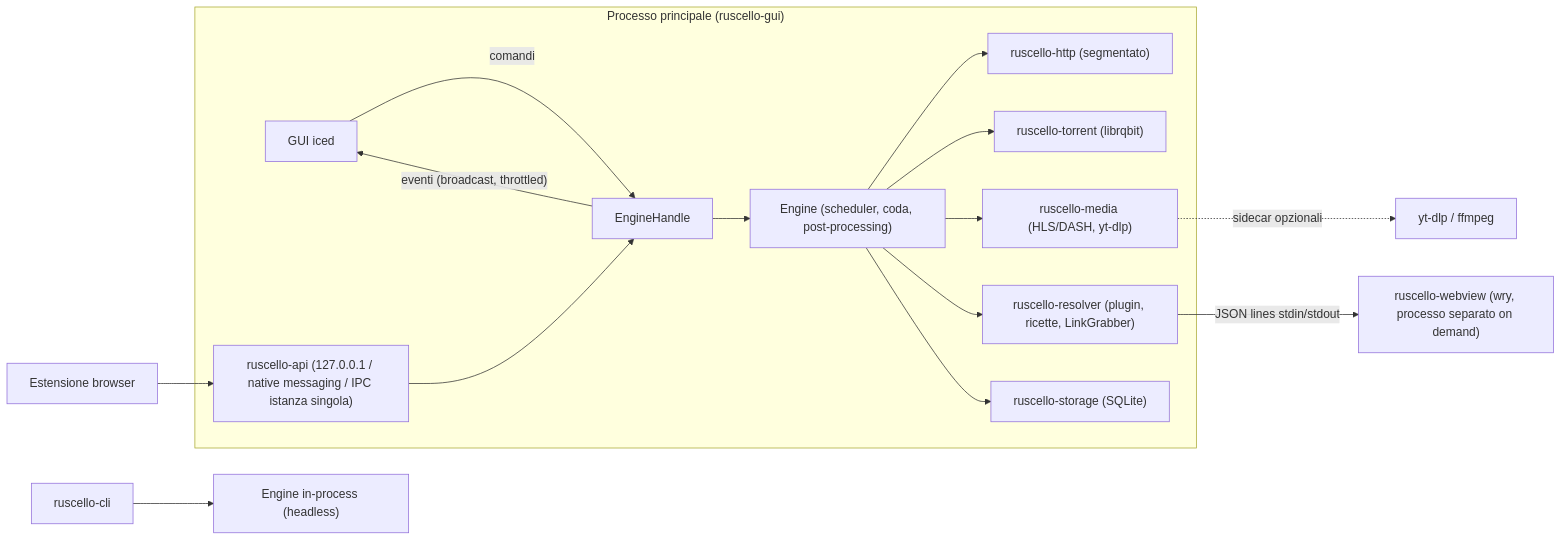
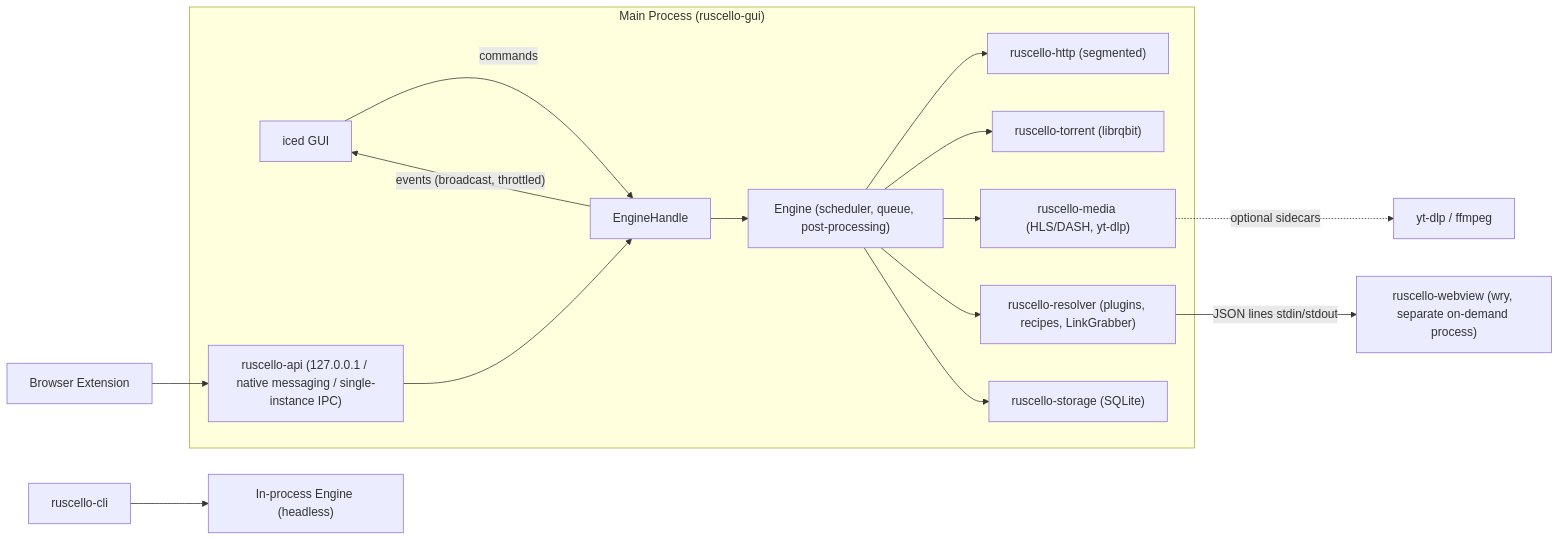
One commit to EmanueleFusco/ruscello changed the first of 2 diagrams in docs/ARCHITECTURE.md. Above: the diagram before and after it, drawn with Mermaid. The commit also changed other lines of this file and 18 other files, not shown here.

````diff
--- a/docs/ARCHITECTURE.md
+++ b/docs/ARCHITECTURE.md
@@ -5,18 +5,18 @@
 ```mermaid
 flowchart LR
-  subgraph App["Processo principale (ruscello-gui)"]
-    GUI["GUI iced"] -- "comandi" --> EH["EngineHandle"]
-    EH -- "eventi (broadcast, throttled)" --> GUI
-    EH --> ENG["Engine (scheduler, coda, post-processing)"]
-    ENG --> HTTP["ruscello-http (segmentato)"]
+  subgraph App["Main Process (ruscello-gui)"]
+    GUI["iced GUI"] -- "commands" --> EH["EngineHandle"]
+    EH -- "events (broadcast, throttled)" --> GUI
+    EH --> ENG["Engine (scheduler, queue, post-processing)"]
+    ENG --> HTTP["ruscello-http (segmented)"]
     ENG --> TOR["ruscello-torrent (librqbit)"]
     ENG --> MED["ruscello-media (HLS/DASH, yt-dlp)"]
-    ENG --> RES["ruscello-resolver (plugin, ricette, LinkGrabber)"]
+    ENG --> RES["ruscello-resolver (plugins, recipes, LinkGrabber)"]
     ENG --> STO["ruscello-storage (SQLite)"]
-    API["ruscello-api (127.0.0.1 / native messaging / IPC istanza singola)"] --> EH
+    API["ruscello-api (127.0.0.1 / native messaging / single-instance IPC)"] --> EH
   end
-  RES -- "JSON lines stdin/stdout" --> WV["ruscello-webview (wry, processo separato on demand)"]
-  MED -. "sidecar opzionali" .-> YTD["yt-dlp / ffmpeg"]
-  EXT["Estensione browser"] --> API
-  CLI["ruscello-cli"] --> EH2["Engine in-process (headless)"]
+  RES -- "JSON lines stdin/stdout" --> WV["ruscello-webview (wry, separate on-demand process)"]
+  MED -. "optional sidecars" .-> YTD["yt-dlp / ffmpeg"]
+  EXT["Browser Extension"] --> API
+  CLI["ruscello-cli"] --> EH2["In-process Engine (headless)"]
 ```
````
